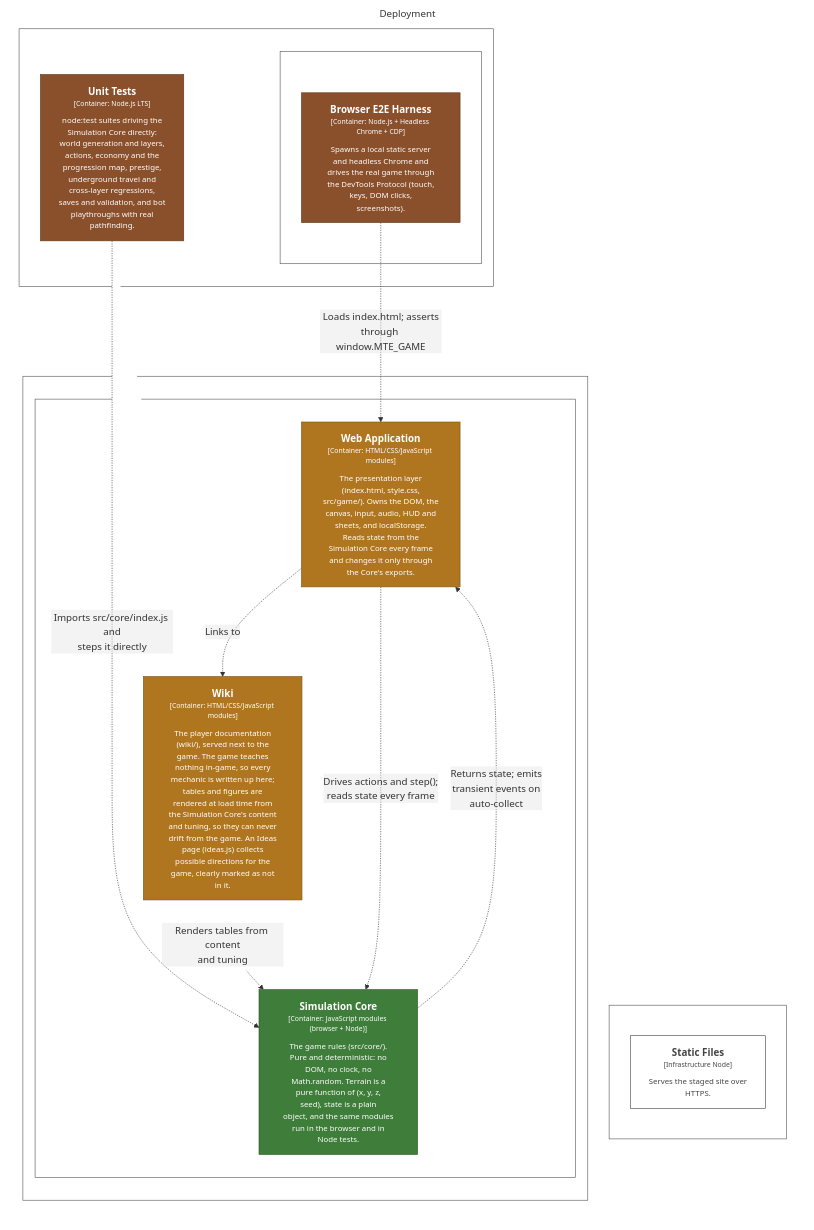
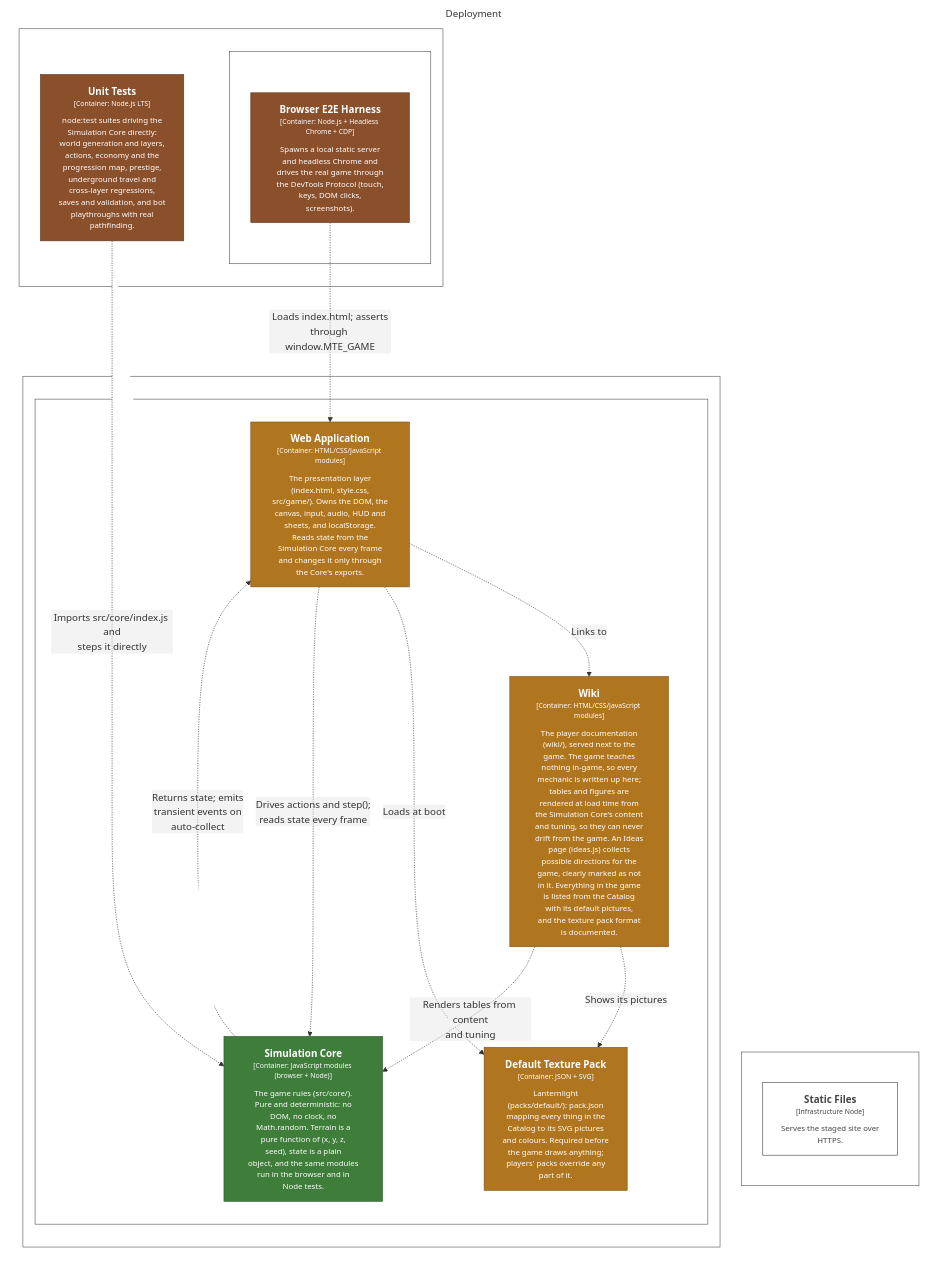
The diagram in structurizr/diagrams/Deployment.mmd (bitkojine/more-than-enough), drawn with Mermaid before and after one commit. The commit also changed 138 other files, not shown here.

First line of the commit message:
v0.24.0: texture packs, and Lanternlight, a hand-drawn default pack

```diff
--- a/structurizr/diagrams/Deployment.mmd
+++ b/structurizr/diagrams/Deployment.mmd
@@ -1,52 +1,56 @@
 %% Generated from structurizr/workspace.dsl — do not edit; run: node structurizr/scripts/structurizr.mjs mermaid
 graph LR
   linkStyle default fill:#ffffff
 
   subgraph diagram ["Deployment"]
     style diagram fill:#ffffff,stroke:#ffffff
 
-    subgraph 70 ["Browser"]
-      style 70 fill:#ffffff,stroke:#575757,color:#ffffff
+    subgraph 82 ["Browser"]
+      style 82 fill:#ffffff,stroke:#575757,color:#ffffff
 
-      subgraph 71 ["Browser tab"]
-        style 71 fill:#ffffff,stroke:#575757,color:#ffffff
+      subgraph 83 ["Browser tab"]
+        style 83 fill:#ffffff,stroke:#575757,color:#ffffff
 
-        72["<div style='font-weight: bold'>Web Application</div><div style='font-size: 70%; margin-top: 0px'>[Container: HTML/CSS/JavaScript modules]</div><div style='font-size: 80%; margin-top:10px'>The presentation layer<br />(index.html, style.css,<br />src/game/). Owns the DOM, the<br />canvas, input, audio, HUD and<br />sheets, and localStorage.<br />Reads state from the<br />Simulation Core every frame<br />and changes it only through<br />the Core's exports.</div>"]
-        style 72 fill:#b0761f,stroke:#7b5215,color:#ffffff
-        73["<div style='font-weight: bold'>Wiki</div><div style='font-size: 70%; margin-top: 0px'>[Container: HTML/CSS/JavaScript modules]</div><div style='font-size: 80%; margin-top:10px'>The player documentation<br />(wiki/), served next to the<br />game. The game teaches<br />nothing in-game, so every<br />mechanic is written up here;<br />tables and figures are<br />rendered at load time from<br />the Simulation Core's content<br />and tuning, so they can never<br />drift from the game. An Ideas<br />page (ideas.js) collects<br />possible directions for the<br />game, clearly marked as not<br />in it.</div>"]
-        style 73 fill:#b0761f,stroke:#7b5215,color:#ffffff
-        75["<div style='font-weight: bold'>Simulation Core</div><div style='font-size: 70%; margin-top: 0px'>[Container: JavaScript modules (browser + Node)]</div><div style='font-size: 80%; margin-top:10px'>The game rules (src/core/).<br />Pure and deterministic: no<br />DOM, no clock, no<br />Math.random. Terrain is a<br />pure function of (x, y, z,<br />seed), state is a plain<br />object, and the same modules<br />run in the browser and in<br />Node tests.</div>"]
-        style 75 fill:#3f7d3a,stroke:#2c5728,color:#ffffff
+        84["<div style='font-weight: bold'>Web Application</div><div style='font-size: 70%; margin-top: 0px'>[Container: HTML/CSS/JavaScript modules]</div><div style='font-size: 80%; margin-top:10px'>The presentation layer<br />(index.html, style.css,<br />src/game/). Owns the DOM, the<br />canvas, input, audio, HUD and<br />sheets, and localStorage.<br />Reads state from the<br />Simulation Core every frame<br />and changes it only through<br />the Core's exports.</div>"]
+        style 84 fill:#b0761f,stroke:#7b5215,color:#ffffff
+        85["<div style='font-weight: bold'>Wiki</div><div style='font-size: 70%; margin-top: 0px'>[Container: HTML/CSS/JavaScript modules]</div><div style='font-size: 80%; margin-top:10px'>The player documentation<br />(wiki/), served next to the<br />game. The game teaches<br />nothing in-game, so every<br />mechanic is written up here;<br />tables and figures are<br />rendered at load time from<br />the Simulation Core's content<br />and tuning, so they can never<br />drift from the game. An Ideas<br />page (ideas.js) collects<br />possible directions for the<br />game, clearly marked as not<br />in it. Everything in the game<br />is listed from the Catalog<br />with its default pictures,<br />and the texture pack format<br />is documented.</div>"]
+        style 85 fill:#b0761f,stroke:#7b5215,color:#ffffff
+        87["<div style='font-weight: bold'>Default Texture Pack</div><div style='font-size: 70%; margin-top: 0px'>[Container: JSON + SVG]</div><div style='font-size: 80%; margin-top:10px'>Lanternlight<br />(packs/default/): pack.json<br />mapping every thing in the<br />Catalog to its SVG pictures<br />and colours. Required before<br />the game draws anything;<br />players' packs override any<br />part of it.</div>"]
+        style 87 fill:#b0761f,stroke:#7b5215,color:#ffffff
+        90["<div style='font-weight: bold'>Simulation Core</div><div style='font-size: 70%; margin-top: 0px'>[Container: JavaScript modules (browser + Node)]</div><div style='font-size: 80%; margin-top:10px'>The game rules (src/core/).<br />Pure and deterministic: no<br />DOM, no clock, no<br />Math.random. Terrain is a<br />pure function of (x, y, z,<br />seed), state is a plain<br />object, and the same modules<br />run in the browser and in<br />Node tests.</div>"]
+        style 90 fill:#3f7d3a,stroke:#2c5728,color:#ffffff
       end
 
     end
 
-    subgraph 79 ["GitHub Pages"]
-      style 79 fill:#ffffff,stroke:#575757,color:#ffffff
+    subgraph 94 ["GitHub Pages"]
+      style 94 fill:#ffffff,stroke:#575757,color:#ffffff
 
-      80["<div style='font-weight: bold'>Static Files</div><div style='font-size: 70%; margin-top: 0px'>[Infrastructure Node]</div><div style='font-size: 80%; margin-top:10px'>Serves the staged site over<br />HTTPS.</div>"]
-      style 80 fill:#ffffff,stroke:#444444,color:#444444
+      95["<div style='font-weight: bold'>Static Files</div><div style='font-size: 70%; margin-top: 0px'>[Infrastructure Node]</div><div style='font-size: 80%; margin-top:10px'>Serves the staged site over<br />HTTPS.</div>"]
+      style 95 fill:#ffffff,stroke:#444444,color:#444444
     end
 
-    subgraph 81 ["Node.js LTS"]
-      style 81 fill:#ffffff,stroke:#575757,color:#ffffff
+    subgraph 96 ["Node.js LTS"]
+      style 96 fill:#ffffff,stroke:#575757,color:#ffffff
 
-      82["<div style='font-weight: bold'>Unit Tests</div><div style='font-size: 70%; margin-top: 0px'>[Container: Node.js LTS]</div><div style='font-size: 80%; margin-top:10px'>node:test suites driving the<br />Simulation Core directly:<br />world generation and layers,<br />actions, economy and the<br />progression map, prestige,<br />underground travel and<br />cross-layer regressions,<br />saves and validation, and bot<br />playthroughs with real<br />pathfinding.</div>"]
-      style 82 fill:#8a4f2b,stroke:#60371e,color:#ffffff
-      subgraph 84 ["Headless Chrome"]
-        style 84 fill:#ffffff,stroke:#575757,color:#ffffff
+      97["<div style='font-weight: bold'>Unit Tests</div><div style='font-size: 70%; margin-top: 0px'>[Container: Node.js LTS]</div><div style='font-size: 80%; margin-top:10px'>node:test suites driving the<br />Simulation Core directly:<br />world generation and layers,<br />actions, economy and the<br />progression map, prestige,<br />underground travel and<br />cross-layer regressions,<br />saves and validation, and bot<br />playthroughs with real<br />pathfinding.</div>"]
+      style 97 fill:#8a4f2b,stroke:#60371e,color:#ffffff
+      subgraph 99 ["Headless Chrome"]
+        style 99 fill:#ffffff,stroke:#575757,color:#ffffff
 
-        85["<div style='font-weight: bold'>Browser E2E Harness</div><div style='font-size: 70%; margin-top: 0px'>[Container: Node.js + Headless Chrome + CDP]</div><div style='font-size: 80%; margin-top:10px'>Spawns a local static server<br />and headless Chrome and<br />drives the real game through<br />the DevTools Protocol (touch,<br />keys, DOM clicks,<br />screenshots).</div>"]
-        style 85 fill:#8a4f2b,stroke:#60371e,color:#ffffff
+        100["<div style='font-weight: bold'>Browser E2E Harness</div><div style='font-size: 70%; margin-top: 0px'>[Container: Node.js + Headless Chrome + CDP]</div><div style='font-size: 80%; margin-top:10px'>Spawns a local static server<br />and headless Chrome and<br />drives the real game through<br />the DevTools Protocol (touch,<br />keys, DOM clicks,<br />screenshots).</div>"]
+        style 100 fill:#8a4f2b,stroke:#60371e,color:#ffffff
       end
 
     end
 
-    72-. "<div>Links to</div><div style='font-size: 70%'></div>" .->73
-    75-. "<div>Returns state; emits<br />transient events on<br />auto-collect</div><div style='font-size: 70%'></div>" .->72
-    72-. "<div>Drives actions and step();<br />reads state every frame</div><div style='font-size: 70%'></div>" .->75
-    73-. "<div>Renders tables from content<br />and tuning</div><div style='font-size: 70%'></div>" .->75
-    82-. "<div>Imports src/core/index.js and<br />steps it directly</div><div style='font-size: 70%'></div>" .->75
-    85-. "<div>Loads index.html; asserts<br />through window.MTE_GAME</div><div style='font-size: 70%'></div>" .->72
+    100-. "<div>Loads index.html; asserts<br />through window.MTE_GAME</div><div style='font-size: 70%'></div>" .->84
+    84-. "<div>Links to</div><div style='font-size: 70%'></div>" .->85
+    84-. "<div>Loads at boot</div><div style='font-size: 70%'></div>" .->87
+    85-. "<div>Shows its pictures</div><div style='font-size: 70%'></div>" .->87
+    90-. "<div>Returns state; emits<br />transient events on<br />auto-collect</div><div style='font-size: 70%'></div>" .->84
+    84-. "<div>Drives actions and step();<br />reads state every frame</div><div style='font-size: 70%'></div>" .->90
+    85-. "<div>Renders tables from content<br />and tuning</div><div style='font-size: 70%'></div>" .->90
+    97-. "<div>Imports src/core/index.js and<br />steps it directly</div><div style='font-size: 70%'></div>" .->90
 
   end
```
